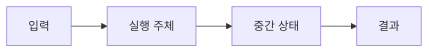
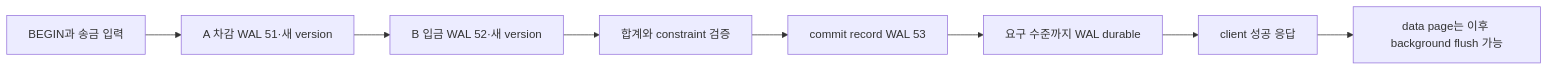
One commit to mj006648/netai-devsecops-runbook changed the diagram in learning/databases-query-engines/06-transactions-and-acid.md. Above: the diagram before and after it, drawn with Mermaid. The commit also changed other lines of this file and 62 other files, not shown here.

````diff
--- a/learning/databases-query-engines/06-transactions-and-acid.md
+++ b/learning/databases-query-engines/06-transactions-and-acid.md
@@ -67,6 +110,10 @@
-```mermaid
+~~~mermaid
 flowchart LR
- I["입력"] --> A["실행 주체"]
- A --> S["중간 상태"]
- S --> R["결과"]
-```
+ I["BEGIN과 송금 입력"] --> A["A 차감 WAL 51·새 version"]
+ A --> B["B 입금 WAL 52·새 version"]
+ B --> V["합계와 constraint 검증"]
+ V --> C["commit record WAL 53"]
+ C --> D["요구 수준까지 WAL durable"]
+ D --> R["client 성공 응답"]
+ R --> F["data page는 이후 background flush 가능"]
+~~~
````
